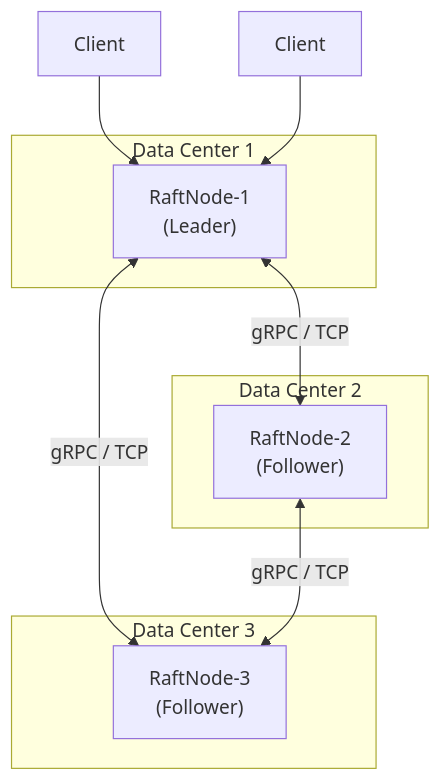
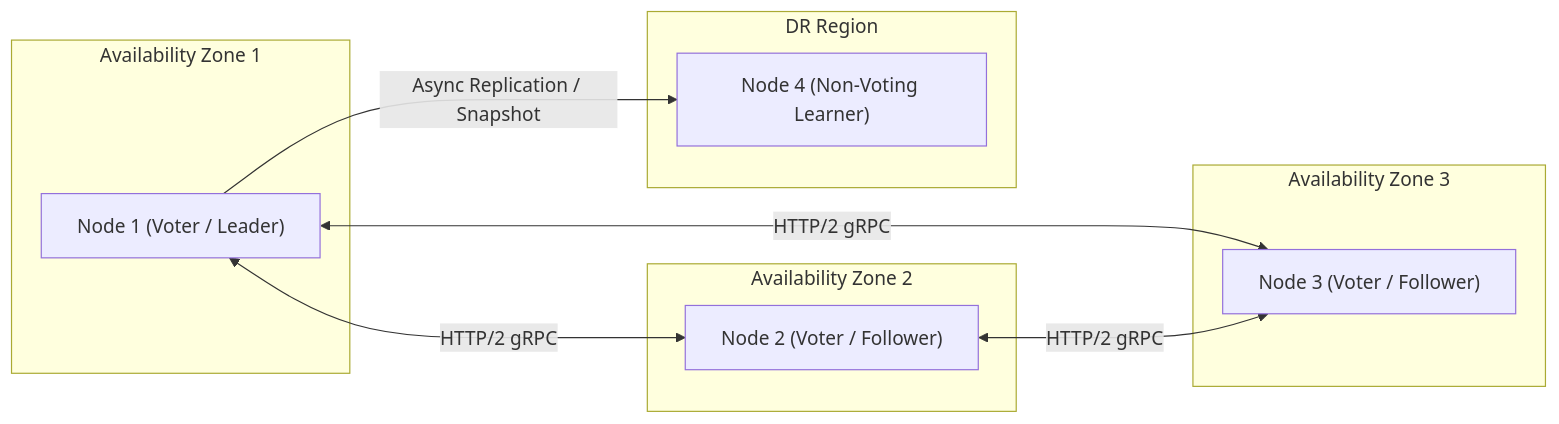
The third of 3 diagrams in docs/book/18-end-to-end-integration.md (bmscomp/raft), drawn with Mermaid before and after one commit. The commit also changed other lines of this file and 20 other files, not shown here.

````diff
--- a/docs/book/18-end-to-end-integration.md
+++ b/docs/book/18-end-to-end-integration.md
@@ -197,21 +223,23 @@
 ```mermaid
-flowchart TB
-    subgraph DC1["Data Center 1"]
-        N1["RaftNode-1\n(Leader)"]
+flowchart LR
+    subgraph AZ1["Availability Zone 1"]
+        N1["Node 1 (Voter / Leader)"]
     end
 
-    subgraph DC2["Data Center 2"]
-        N2["RaftNode-2\n(Follower)"]
+    subgraph AZ2["Availability Zone 2"]
+        N2["Node 2 (Voter / Follower)"]
     end
 
-    subgraph DC3["Data Center 3"]
-        N3["RaftNode-3\n(Follower)"]
+    subgraph AZ3["Availability Zone 3"]
+        N3["Node 3 (Voter / Follower)"]
     end
 
-    N1 <-->|"gRPC / TCP"| N2
-    N1 <-->|"gRPC / TCP"| N3
-    N2 <-->|"gRPC / TCP"| N3
+    subgraph RemoteRegion["DR Region"]
+        L1["Node 4 (Non-Voting Learner)"]
+    end
 
-    C1["Client"] --> N1
-    C2["Client"] --> N1
+    N1 <-->|"HTTP/2 gRPC"| N2
+    N1 <-->|"HTTP/2 gRPC"| N3
+    N2 <-->|"HTTP/2 gRPC"| N3
+    N1 -->|"Async Replication / Snapshot"| L1
 ```
````
